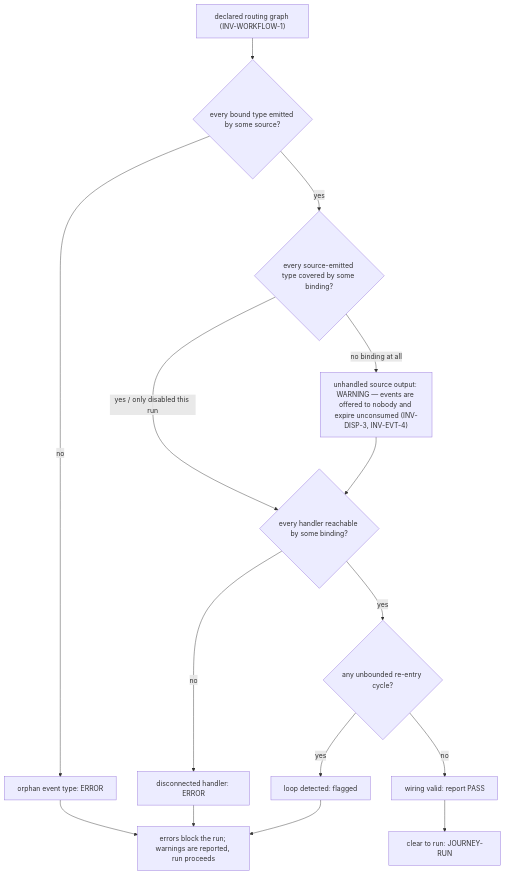
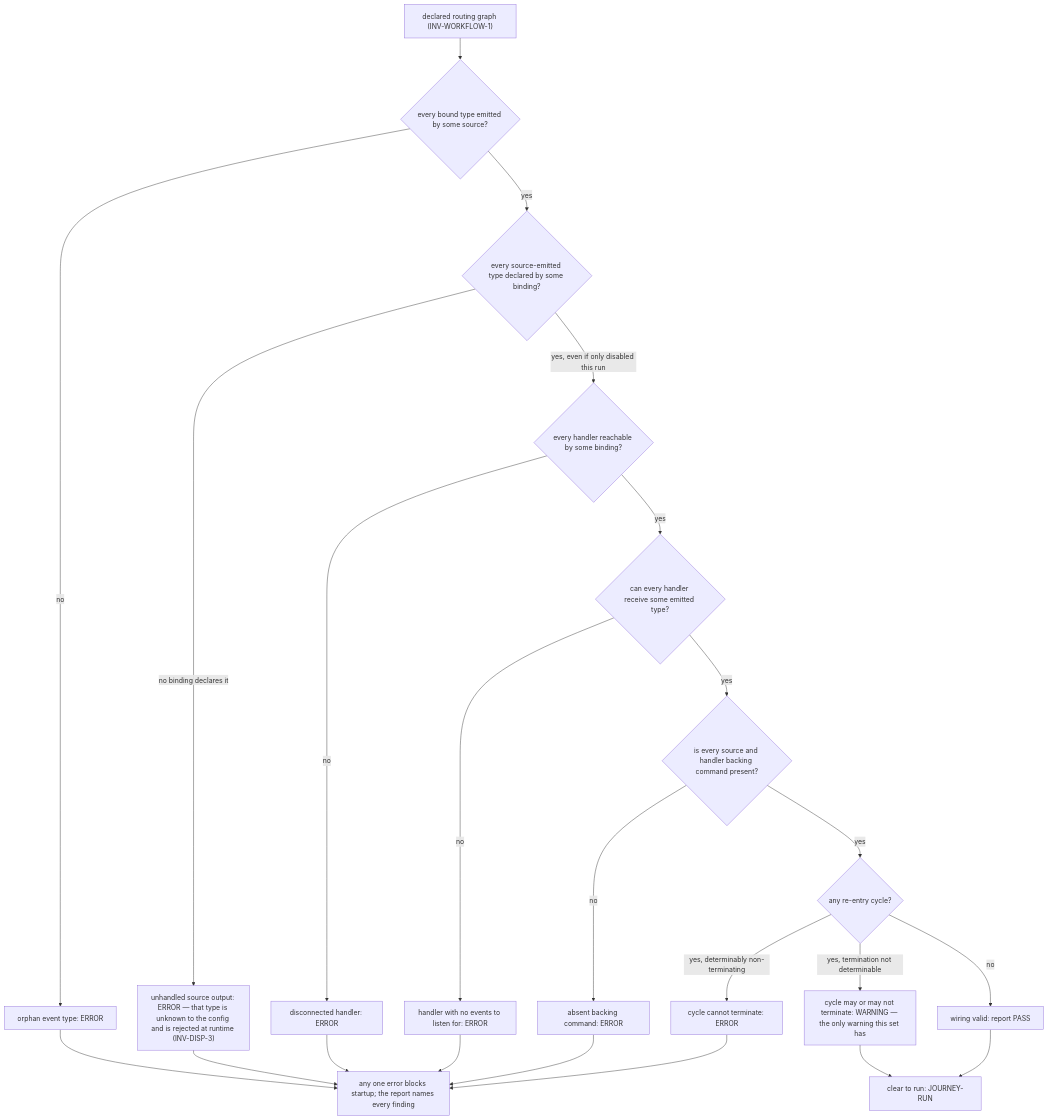
One commit to phillipgreenii/nix-agent-support changed the fourth of 13 diagrams in packages/pr-pool/docs/behavior/journeys.md. Above: the diagram before and after it, drawn with Mermaid. The commit also changed other lines of this file and 6 other files, not shown here.

````diff
--- a/packages/pr-pool/docs/behavior/journeys.md
+++ b/packages/pr-pool/docs/behavior/journeys.md
@@ -237,17 +259,25 @@
 ```mermaid
 flowchart TD
     wf["declared routing graph (INV-WORKFLOW-1)"] --> c1{"every bound type emitted by some source?"}
     c1 -->|no| e1["orphan event type: ERROR"]
-    c1 -->|yes| c2{"every source-emitted type covered by some binding?"}
-    c2 -->|"no binding at all"| w2["unhandled source output: WARNING — events are offered to nobody and expire unconsumed (INV-DISP-3, INV-EVT-4)"]
-    c2 -->|"yes / only disabled this run"| c3{"every handler reachable by some binding?"}
-    w2 --> c3
+    c1 -->|yes| c2{"every source-emitted type declared by some binding?"}
+    c2 -->|"no binding declares it"| e2["unhandled source output: ERROR — that type is unknown to the config and is rejected at runtime (INV-DISP-3)"]
+    c2 -->|"yes, even if only disabled this run"| c3{"every handler reachable by some binding?"}
     c3 -->|no| e3["disconnected handler: ERROR"]
-    c3 -->|yes| c4{"any unbounded re-entry cycle?"}
-    c4 -->|yes| e4["loop detected: flagged"]
-    c4 -->|no| ok["wiring valid: report PASS"]
-    e1 --> rep["errors block the run; warnings are reported, run proceeds"]
+    c3 -->|yes| c4{"can every handler receive some emitted type?"}
+    c4 -->|no| e4["handler with no events to listen for: ERROR"]
+    c4 -->|yes| c5{"is every source and handler backing command present?"}
+    c5 -->|no| e5["absent backing command: ERROR"]
+    c5 -->|yes| c6{"any re-entry cycle?"}
+    c6 -->|"yes, determinably non-terminating"| e6["cycle cannot terminate: ERROR"]
+    c6 -->|"yes, termination not determinable"| w6["cycle may or may not terminate: WARNING — the only warning this set has"]
+    c6 -->|no| ok["wiring valid: report PASS"]
+    e1 --> rep["any one error blocks startup; the report names every finding"]
+    e2 --> rep
     e3 --> rep
     e4 --> rep
+    e5 --> rep
+    e6 --> rep
+    w6 --> run
     ok --> run["clear to run: JOURNEY-RUN"]
 ```
````
